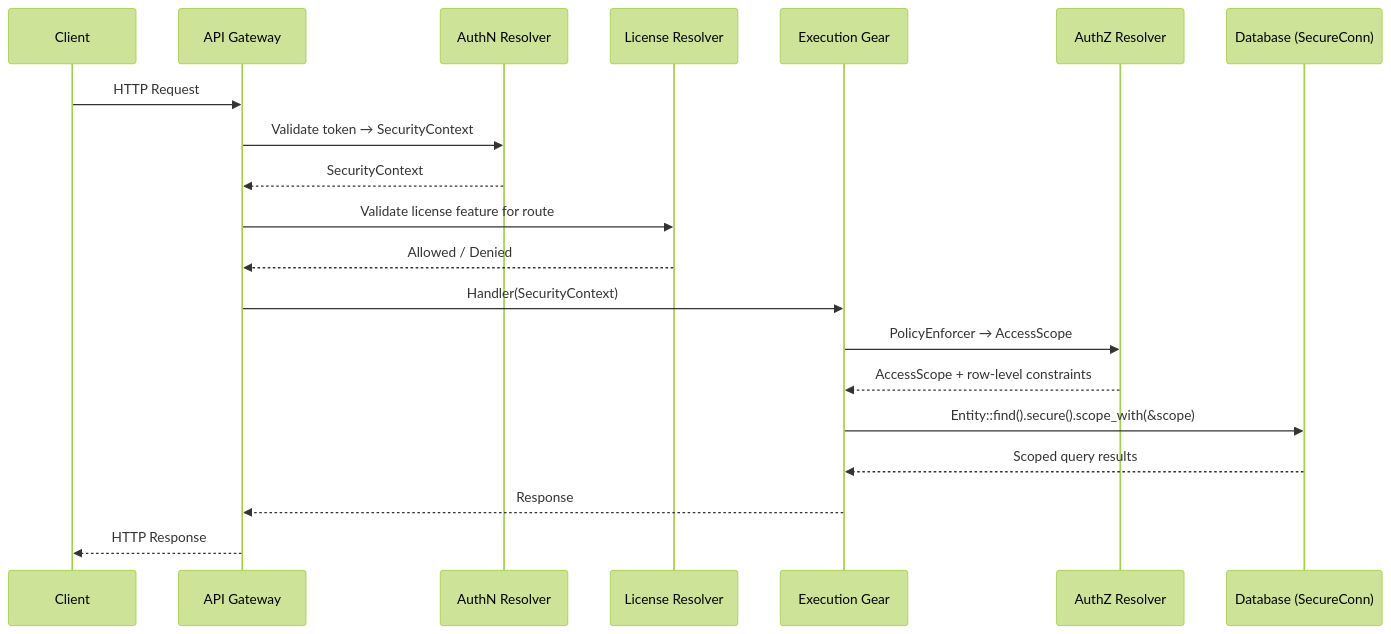
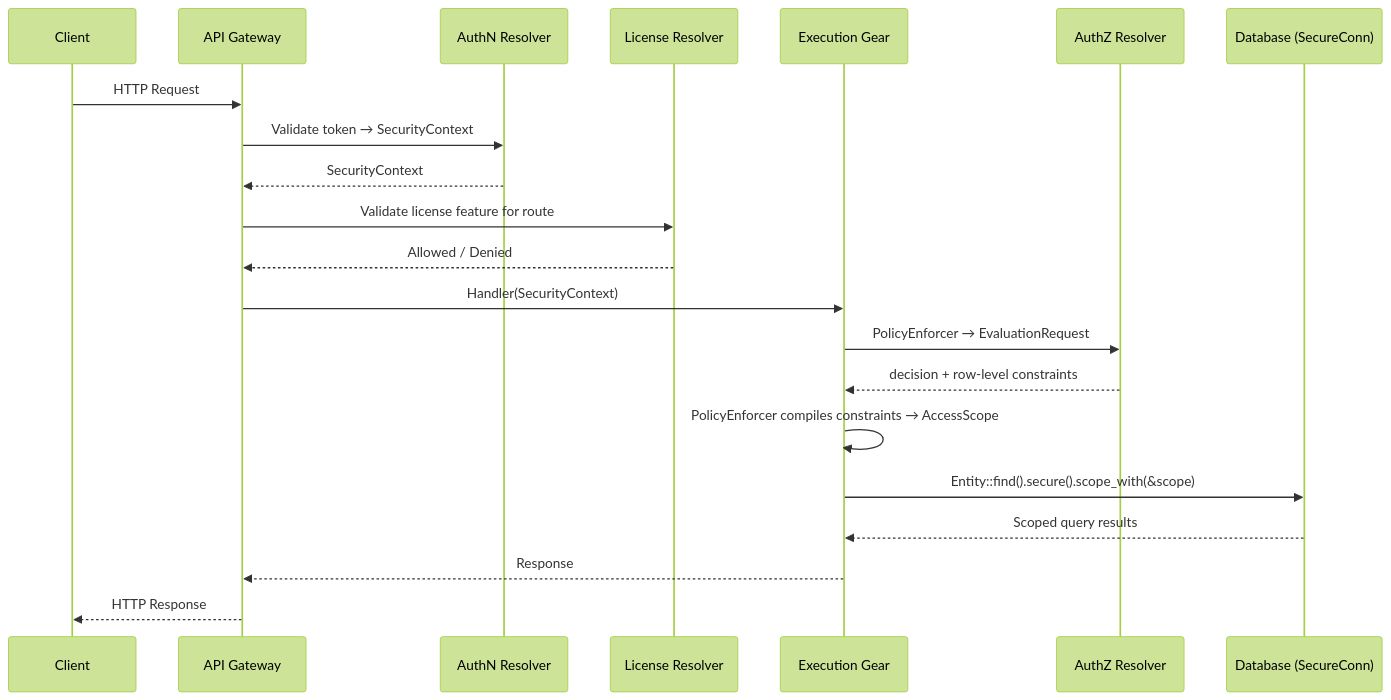
Before and after one commit to constructorfabric/gears-rust: the diagram in docs/ARCHITECTURE_MANIFEST.md, drawn with Mermaid (forest theme). The commit also changed other lines of this file and 48 other files, not shown here.

````diff
--- a/docs/ARCHITECTURE_MANIFEST.md
+++ b/docs/ARCHITECTURE_MANIFEST.md
@@ -322,22 +322,23 @@
 ```mermaid
 sequenceDiagram
     participant C as Client
     participant GW as API Gateway
     participant AuthN as AuthN Resolver
     participant Lic as License Resolver
     participant Mod as Execution Gear
     participant AuthZ as AuthZ Resolver
     participant DB as Database (SecureConn)
     C->>GW: HTTP Request
     GW->>AuthN: Validate token → SecurityContext
     AuthN-->>GW: SecurityContext
     GW->>Lic: Validate license feature for route
     Lic-->>GW: Allowed / Denied
     GW->>Mod: Handler(SecurityContext)
-    Mod->>AuthZ: PolicyEnforcer → AccessScope
-    AuthZ-->>Mod: AccessScope + row-level constraints
+    Mod->>AuthZ: PolicyEnforcer → EvaluationRequest
+    AuthZ-->>Mod: decision + row-level constraints
+    Mod->>Mod: PolicyEnforcer compiles constraints → AccessScope
     Mod->>DB: Entity::find().secure().scope_with(&scope)
     DB-->>Mod: Scoped query results
     Mod-->>GW: Response
     GW-->>C: HTTP Response
 ```
````
